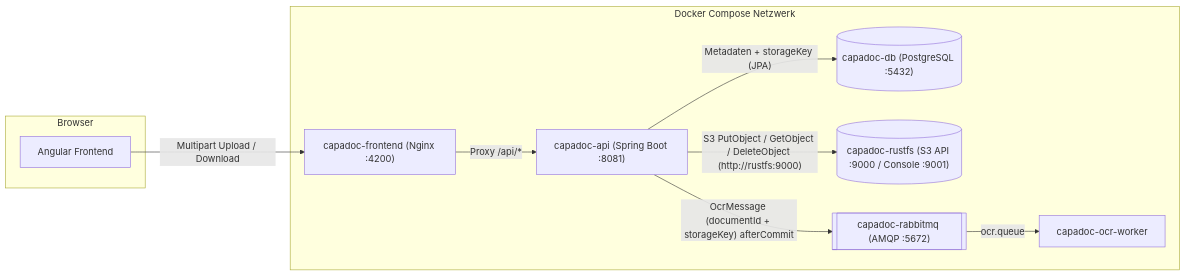
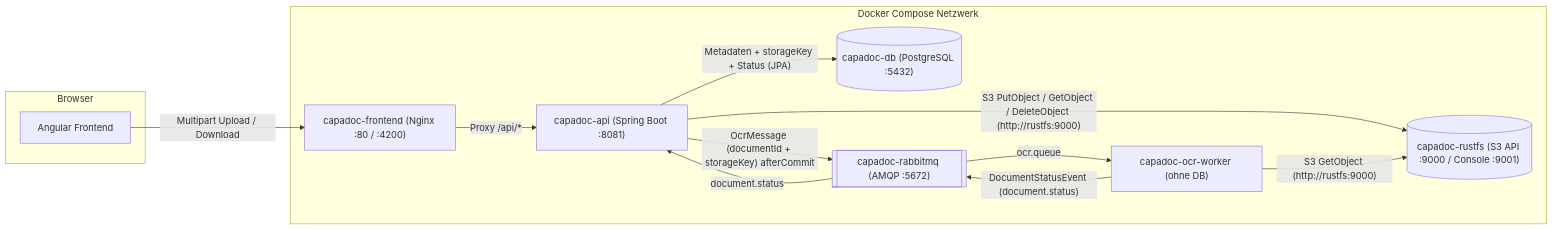
One commit to Pascal07/SWEN3_Capa_Doc changed the first of 4 diagrams in docs/RUSTFS_OBJECT_STORAGE.md. Above: the diagram before and after it, drawn with Mermaid. The commit also changed other lines of this file and 49 other files, not shown here.

Commit message:
feat: implement document status updates with RabbitMQ integration and new processing stages

````diff
--- a/docs/RUSTFS_OBJECT_STORAGE.md
+++ b/docs/RUSTFS_OBJECT_STORAGE.md
@@ -40,22 +40,25 @@
 ```mermaid
 flowchart LR
     subgraph Client["Browser"]
         UI["Angular Frontend"]
     end
 
     subgraph DockerNet["Docker Compose Netzwerk"]
-        Nginx["capadoc-frontend (Nginx :4200)"]
+        Nginx["capadoc-frontend (Nginx :80 / :4200)"]
         API["capadoc-api (Spring Boot :8081)"]
         DB[("capadoc-db (PostgreSQL :5432)")]
         RustFS[("capadoc-rustfs (S3 API :9000 / Console :9001)")]
         RMQ[["capadoc-rabbitmq (AMQP :5672)"]]
-        Worker["capadoc-ocr-worker"]
+        Worker["capadoc-ocr-worker (ohne DB)"]
     end
 
     UI -->|"Multipart Upload / Download"| Nginx
     Nginx -->|"Proxy /api/*"| API
-    API -->|"Metadaten + storageKey (JPA)"| DB
+    API -->|"Metadaten + storageKey + Status (JPA)"| DB
     API -->|"S3 PutObject / GetObject / DeleteObject (http://rustfs:9000)"| RustFS
     API -->|"OcrMessage (documentId + storageKey) afterCommit"| RMQ
     RMQ -->|"ocr.queue"| Worker
+    Worker -->|"S3 GetObject (http://rustfs:9000)"| RustFS
+    Worker -->|"DocumentStatusEvent (document.status)"| RMQ
+    RMQ -->|"document.status"| API
 ```
````
